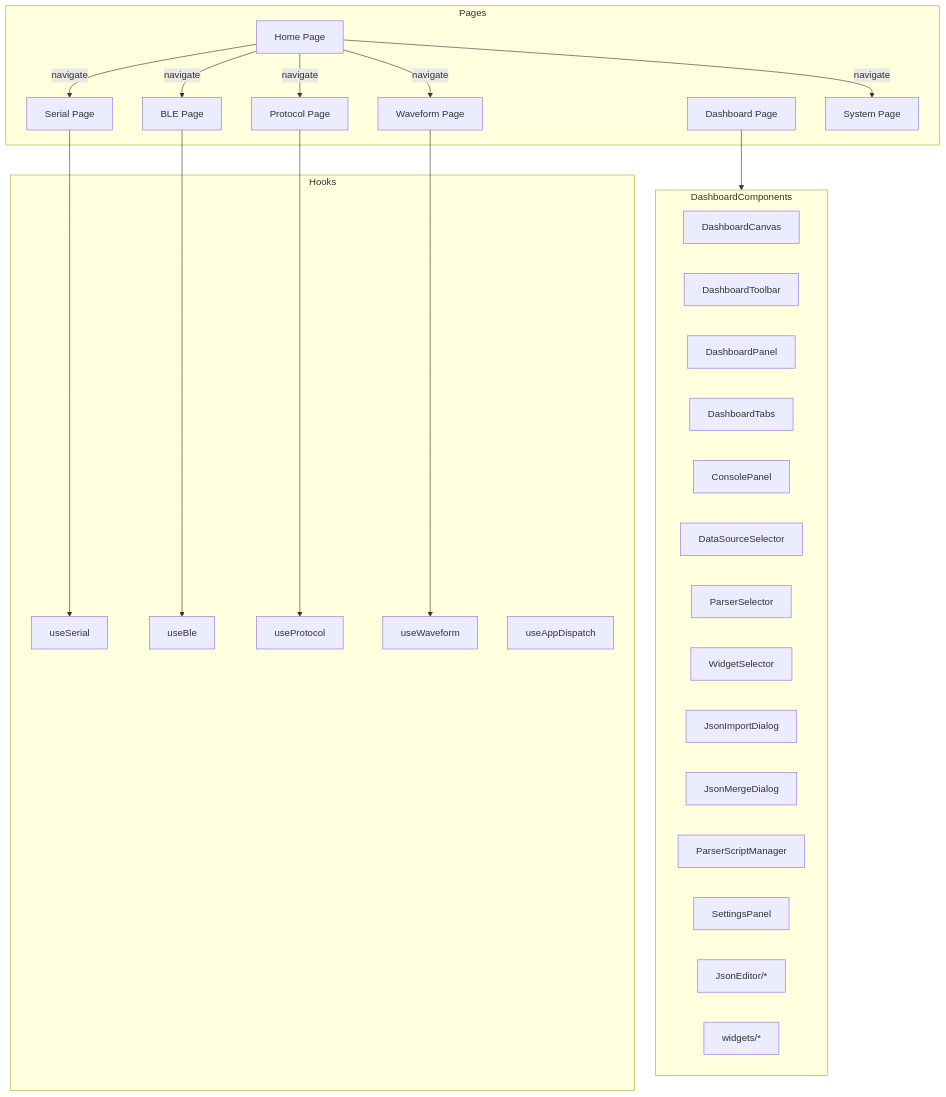
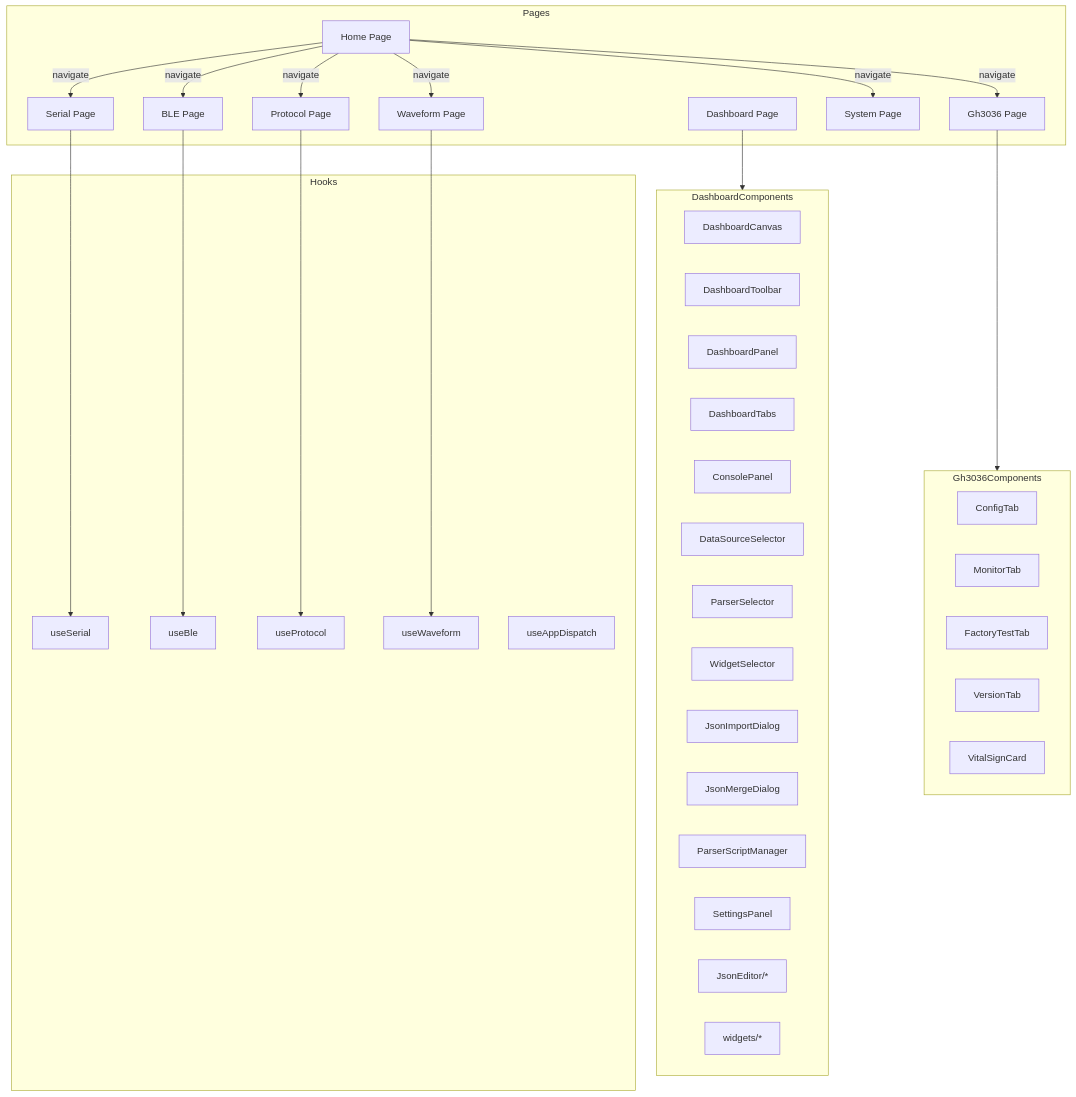
One commit to XiaoPb/combridge changed the diagram in docs/architecture/frontend/pages-layer.md. Above: the diagram before and after it, drawn with Mermaid. The commit also changed other lines of this file and 3 other files, not shown here.

````diff
--- a/docs/architecture/frontend/pages-layer.md
+++ b/docs/architecture/frontend/pages-layer.md
@@ -280,49 +352,60 @@
 ```mermaid
 graph TB
     subgraph Pages
         HomePage[Home Page]
         SerialPage[Serial Page]
         BlePage[BLE Page]
         ProtocolPage[Protocol Page]
         WaveformPage[Waveform Page]
         DashboardPage[Dashboard Page]
         SystemPage[System Page]
+        Gh3036Page[Gh3036 Page]
+    end
+
+    subgraph Gh3036Components
+        ConfigTab
+        MonitorTab
+        FactoryTestTab
+        VersionTab
+        VitalSignCard
     end
 
     subgraph DashboardComponents
         DashboardCanvas
         DashboardToolbar
         DashboardPanel
         DashboardTabs
         ConsolePanel
         DataSourceSelector
         ParserSelector
         WidgetSelector
         JsonImportDialog
         JsonMergeDialog
         ParserScriptManager
         SettingsPanel
         JsonEditor[JsonEditor/*]
         Widgets[widgets/*]
     end
 
     subgraph Hooks
         useSerial
         useBle
         useProtocol
         useWaveform
         useAppDispatch
     end
 
     HomePage -->|navigate| SerialPage
     HomePage -->|navigate| BlePage
     HomePage -->|navigate| ProtocolPage
     HomePage -->|navigate| WaveformPage
     HomePage -->|navigate| SystemPage
+    HomePage -->|navigate| Gh3036Page
 
     SerialPage --> useSerial
     BlePage --> useBle
     ProtocolPage --> useProtocol
     WaveformPage --> useWaveform
     DashboardPage --> DashboardComponents
+    Gh3036Page --> Gh3036Components
 ```
````
